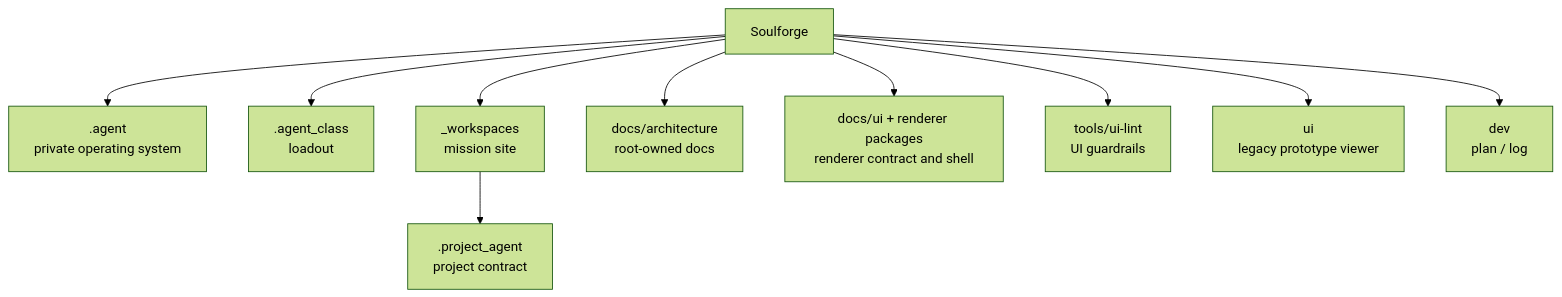
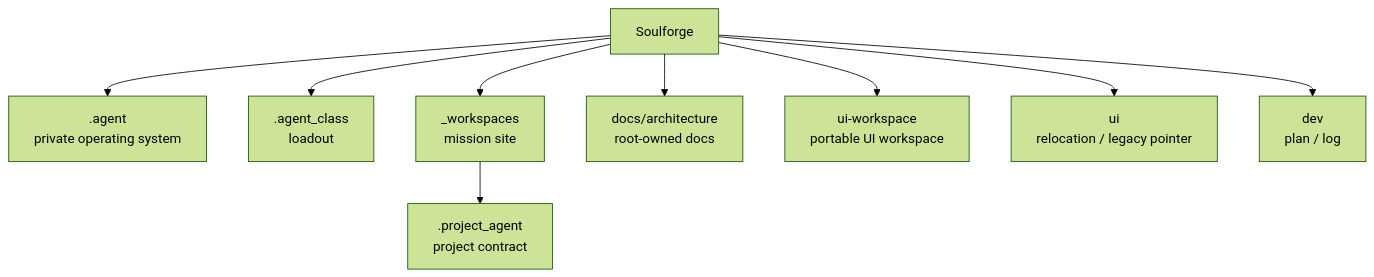
One commit to SungYongMOON/soulforge changed the diagram in README.md. Above: the diagram before and after it, drawn with Mermaid (forest theme). The commit also changed other lines of this file and 126 other files, not shown here.

````diff
--- a/README.md
+++ b/README.md
@@ -13,12 +14,11 @@
 ```mermaid
 flowchart TD
   S["Soulforge"] --> B[".agent<br/>private operating system"]
   S --> C[".agent_class<br/>loadout"]
   S --> W["_workspaces<br/>mission site"]
   S --> D["docs/architecture<br/>root-owned docs"]
-  S --> U["docs/ui + renderer packages<br/>renderer contract and shell"]
-  S --> T["tools/ui-lint<br/>UI guardrails"]
-  S --> V2["ui<br/>legacy prototype viewer"]
+  S --> U["ui-workspace<br/>portable UI workspace"]
+  S --> V2["ui<br/>relocation / legacy pointer"]
   S --> V["dev<br/>plan / log"]
   W --> P[".project_agent<br/>project contract"]
 ```
````
